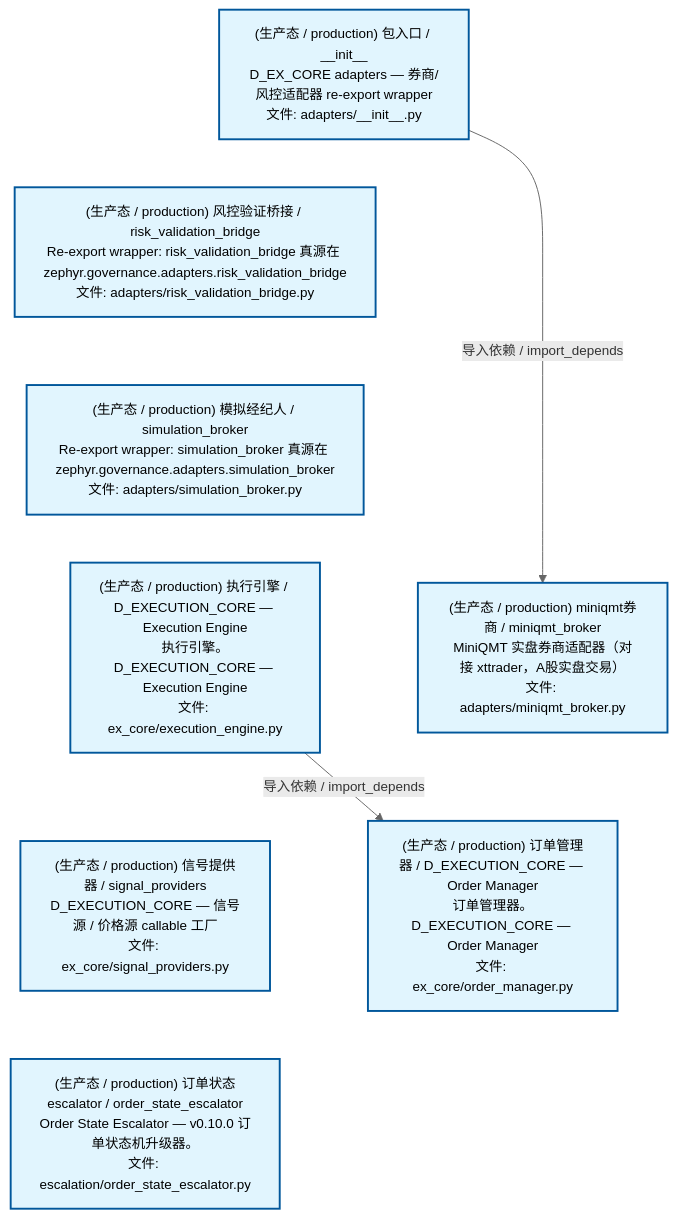
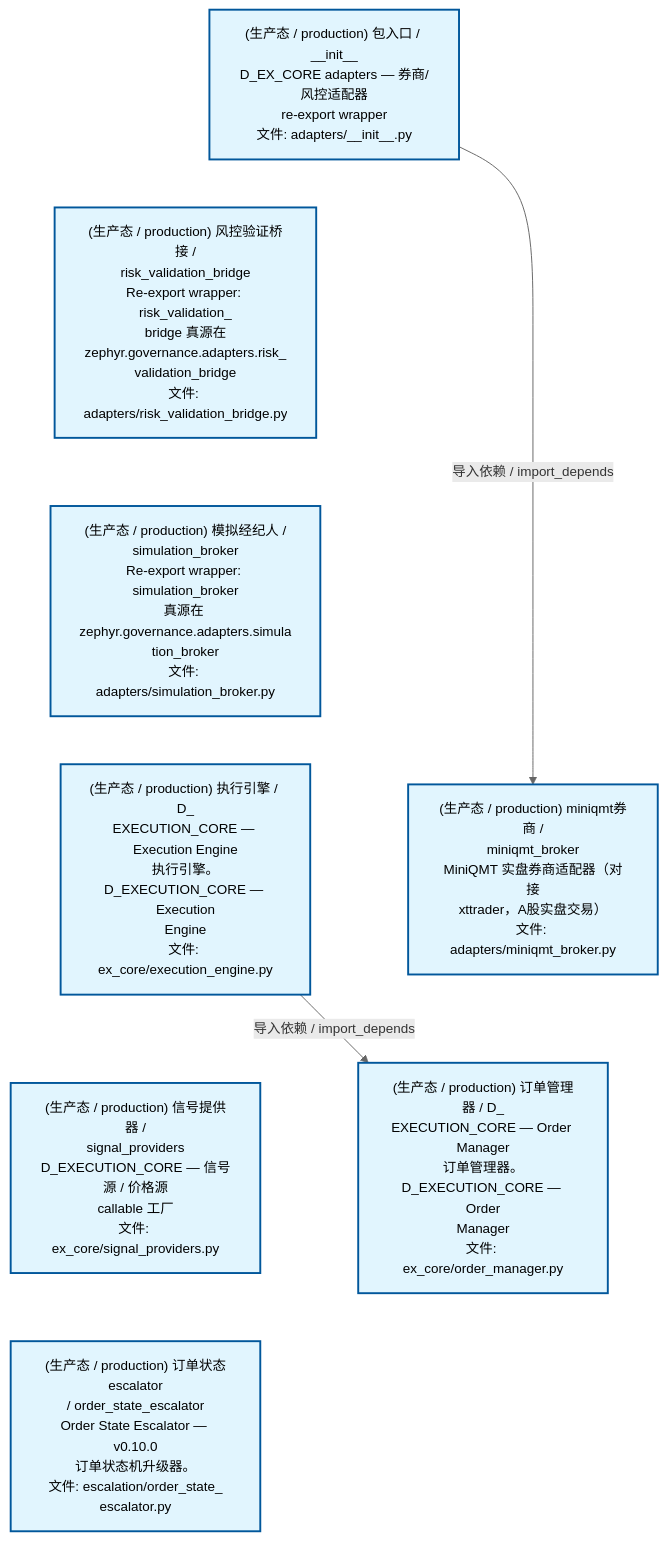
One commit to xuanFelixVan/ZephyrAlpha changed the second of 4 diagrams in docs/02_enterprise_architecture/02_domain_architecture_docs/44_d_ex_core.md. Above: the diagram before and after it, drawn with Mermaid. The commit also changed other lines of this file and 59 other files, not shown here.

````diff
--- a/docs/02_enterprise_architecture/02_domain_architecture_docs/44_d_ex_core.md
+++ b/docs/02_enterprise_architecture/02_domain_architecture_docs/44_d_ex_core.md
@@ -169,25 +169,25 @@
 ```mermaid
 %%{init: {'theme': 'base', 'themeVariables': {'primaryColor': '#eaeaea', 'primaryTextColor': '#333333', 'primaryBorderColor': '#666666', 'lineColor': '#666666', 'secondaryColor': '#eaeaea', 'tertiaryColor': '#eaeaea', 'fontSize': '14px'}}}%%
 flowchart TD
-    src_zephyr_ex_core_adapters_init_py["(生产态 / production) 包入口 / __init__<br/>D_EX_CORE adapters — 券商/风控适配器 re-export wrapper<br/>文件: adapters/__init__.py"]
-    src_zephyr_ex_core_adapters_risk_validation_bridge_py["(生产态 / production) 风控验证桥接 / risk_validation_bridge<br/>Re-export wrapper: risk_validation_bridge 真源在 zephyr.governance.adapters.risk_validation_bridge<br/>文件: adapters/risk_validation_bridge.py"]
-    src_zephyr_ex_core_adapters_simulation_broker_py["(生产态 / production) 模拟经纪人 / simulation_broker<br/>Re-export wrapper: simulation_broker 真源在 zephyr.governance.adapters.simulation_broker<br/>文件: adapters/simulation_broker.py"]
-    src_zephyr_ex_core_execution_engine_py["(生产态 / production) 执行引擎 / D_EXECUTION_CORE — Execution Engine<br/>执行引擎。D_EXECUTION_CORE — Execution Engine<br/>文件: ex_core/execution_engine.py"]
-    src_zephyr_ex_core_signal_providers_py["(生产态 / production) 信号提供器 / signal_providers<br/>D_EXECUTION_CORE — 信号源 / 价格源 callable 工厂<br/>文件: ex_core/signal_providers.py"]
-    src_zephyr_governance_escalation_order_state_escalator_py["(生产态 / production) 订单状态escalator / order_state_escalator<br/>Order State Escalator — v0.10.0 订单状态机升级器。<br/>文件: escalation/order_state_escalator.py"]
+    src_zephyr_ex_core_adapters_init_py["(生产态 / production) 包入口 / __init__<br/>D_EX_CORE adapters — 券商/风控适配器<br/>re-export wrapper<br/>文件: adapters/__init__.py"]
+    src_zephyr_ex_core_adapters_risk_validation_bridge_py["(生产态 / production) 风控验证桥接 /<br/>risk_validation_bridge<br/>Re-export wrapper: risk_validation_<br/>bridge 真源在<br/>zephyr.governance.adapters.risk_<br/>validation_bridge<br/>文件: adapters/risk_validation_bridge.py"]
+    src_zephyr_ex_core_adapters_simulation_broker_py["(生产态 / production) 模拟经纪人 /<br/>simulation_broker<br/>Re-export wrapper: simulation_broker<br/>真源在 zephyr.governance.adapters.simula<br/>tion_broker<br/>文件: adapters/simulation_broker.py"]
+    src_zephyr_ex_core_execution_engine_py["(生产态 / production) 执行引擎 / D_<br/>EXECUTION_CORE — Execution Engine<br/>执行引擎。D_EXECUTION_CORE — Execution<br/>Engine<br/>文件: ex_core/execution_engine.py"]
+    src_zephyr_ex_core_signal_providers_py["(生产态 / production) 信号提供器 /<br/>signal_providers<br/>D_EXECUTION_CORE — 信号源 / 价格源<br/>callable 工厂<br/>文件: ex_core/signal_providers.py"]
+    src_zephyr_governance_escalation_order_state_escalator_py["(生产态 / production) 订单状态escalator<br/>/ order_state_escalator<br/>Order State Escalator — v0.10.0<br/>订单状态机升级器。<br/>文件: escalation/order_state_<br/>escalator.py"]
     src_zephyr_ex_core_adapters_init_py ~~~ src_zephyr_ex_core_adapters_risk_validation_bridge_py
     src_zephyr_ex_core_adapters_risk_validation_bridge_py ~~~ src_zephyr_ex_core_adapters_simulation_broker_py
     src_zephyr_ex_core_adapters_simulation_broker_py ~~~ src_zephyr_ex_core_execution_engine_py
     src_zephyr_ex_core_execution_engine_py ~~~ src_zephyr_ex_core_signal_providers_py
     src_zephyr_ex_core_signal_providers_py ~~~ src_zephyr_governance_escalation_order_state_escalator_py
-    src_zephyr_ex_core_adapters_miniqmt_broker_py["(生产态 / production) miniqmt券商 / miniqmt_broker<br/>MiniQMT 实盘券商适配器（对接 xttrader，A股实盘交易）<br/>文件: adapters/miniqmt_broker.py"]
-    src_zephyr_ex_core_order_manager_py["(生产态 / production) 订单管理器 / D_EXECUTION_CORE — Order Manager<br/>订单管理器。D_EXECUTION_CORE — Order Manager<br/>文件: ex_core/order_manager.py"]
+    src_zephyr_ex_core_adapters_miniqmt_broker_py["(生产态 / production) miniqmt券商 /<br/>miniqmt_broker<br/>MiniQMT 实盘券商适配器（对接<br/>xttrader，A股实盘交易）<br/>文件: adapters/miniqmt_broker.py"]
+    src_zephyr_ex_core_order_manager_py["(生产态 / production) 订单管理器 / D_<br/>EXECUTION_CORE — Order Manager<br/>订单管理器。D_EXECUTION_CORE — Order<br/>Manager<br/>文件: ex_core/order_manager.py"]
     src_zephyr_ex_core_adapters_miniqmt_broker_py ~~~ src_zephyr_ex_core_order_manager_py
     src_zephyr_ex_core_execution_engine_py -->|导入依赖 / import_depends| src_zephyr_ex_core_order_manager_py
     src_zephyr_ex_core_adapters_init_py -->|导入依赖 / import_depends| src_zephyr_ex_core_adapters_miniqmt_broker_py
     classDef production fill:#e1f5fe,stroke:#01579b,stroke-width:2px,color:#000
     classDef design fill:#fff3e0,stroke:#e65100,stroke-width:2px,color:#000,stroke-dasharray: 5 5
     classDef external_prod fill:#e8f4fd,stroke:#0277bd,stroke-width:1px,color:#000
     classDef external_design fill:#fff8e7,stroke:#ef6c00,stroke-width:1px,color:#000,stroke-dasharray: 5 5
     class src_zephyr_ex_core_adapters_init_py,src_zephyr_ex_core_adapters_miniqmt_broker_py,src_zephyr_ex_core_adapters_risk_validation_bridge_py,src_zephyr_ex_core_adapters_simulation_broker_py,src_zephyr_ex_core_execution_engine_py,src_zephyr_ex_core_order_manager_py,src_zephyr_ex_core_signal_providers_py,src_zephyr_governance_escalation_order_state_escalator_py production
 ```
````
